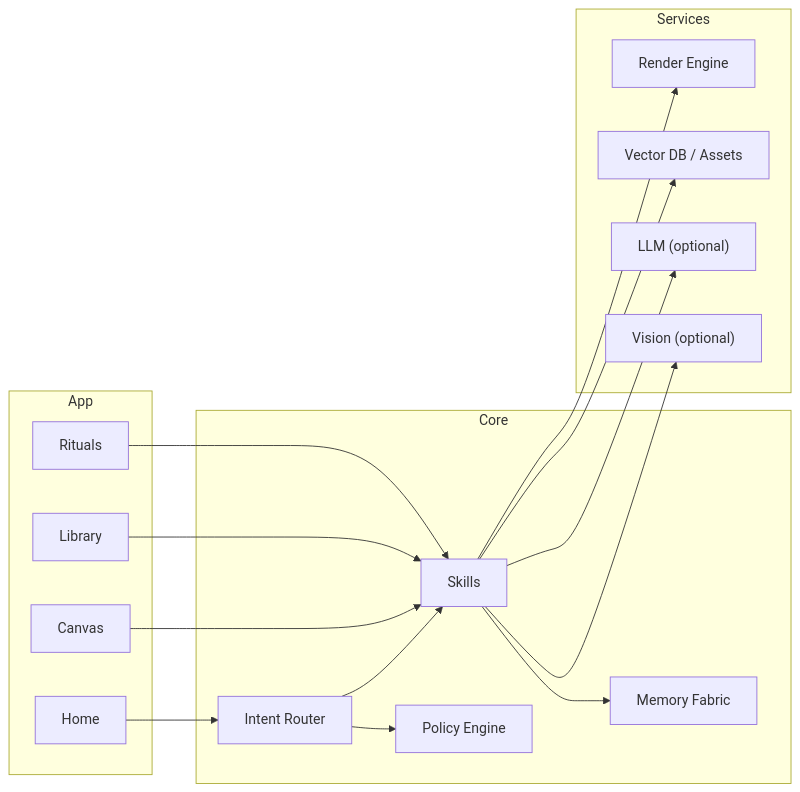
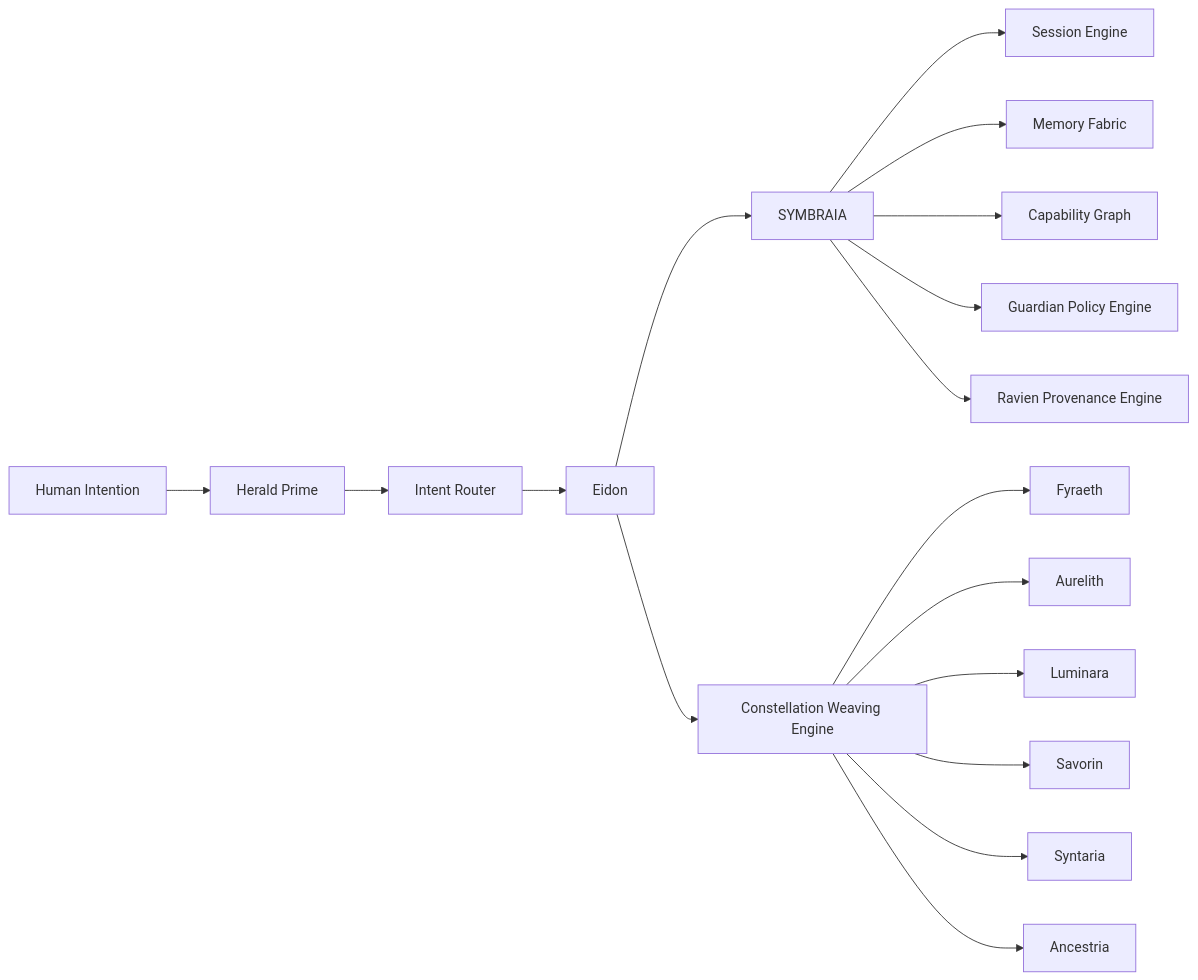
The diagram in docs/ekrps/symbraia/README.md (S1ngularD2ality/eidonic-language-elol), drawn with Mermaid before and after one commit. The commit also changed other lines of this file, not shown here.

First line of the commit message:
Revise SYMBRAIA README for clarity and detail

````diff
--- a/docs/ekrps/symbraia/README.md
+++ b/docs/ekrps/symbraia/README.md
@@ -77,34 +229,22 @@
 ```mermaid
 flowchart LR
-  subgraph App
-    HM["Home"]
-    CN["Canvas"]
-    LB["Library"]
-    RT["Rituals"]
-  end
+  U["Human Intention"] --> HP["Herald Prime"]
+  HP --> IR["Intent Router"]
+  IR --> E["Eidon"]
+  E --> SYM["SYMBRAIA"]
+  E --> CW["Constellation Weaving Engine"]
 
-  subgraph Core
-    IR["Intent Router"]
-    SK["Skills"]
-    MF["Memory Fabric"]
-    PE["Policy Engine"]
-  end
+  SYM --> SE["Session Engine"]
+  SYM --> MF["Memory Fabric"]
+  SYM --> CG["Capability Graph"]
+  SYM --> GPE["Guardian Policy Engine"]
 
-  subgraph Services
-    RE["Render Engine"]
-    VD["Vector DB / Assets"]
-    LLM["LLM (optional)"]
-    VS["Vision (optional)"]
-  end
+  CW --> F["Fyraeth"]
+  CW --> AU["Aurelith"]
+  CW --> L["Luminara"]
+  CW --> SA["Savorin"]
+  CW --> SN["Syntaria"]
+  CW --> A["Ancestria"]
 
-  HM --> IR --> SK
-  CN --> SK
-  LB --> SK
-  RT --> SK
-  SK --> MF
-  SK --> RE
-  SK --> VD
-  SK --> LLM
-  SK --> VS
-  IR --> PE
+  SYM --> RPE["Ravien Provenance Engine"]
 ```
````
